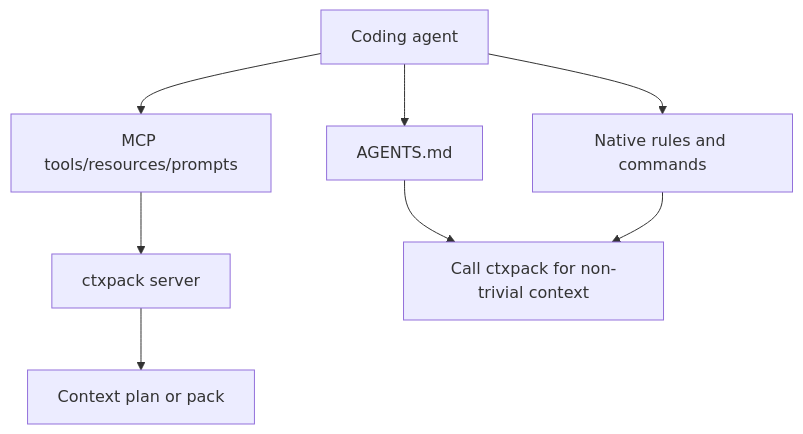
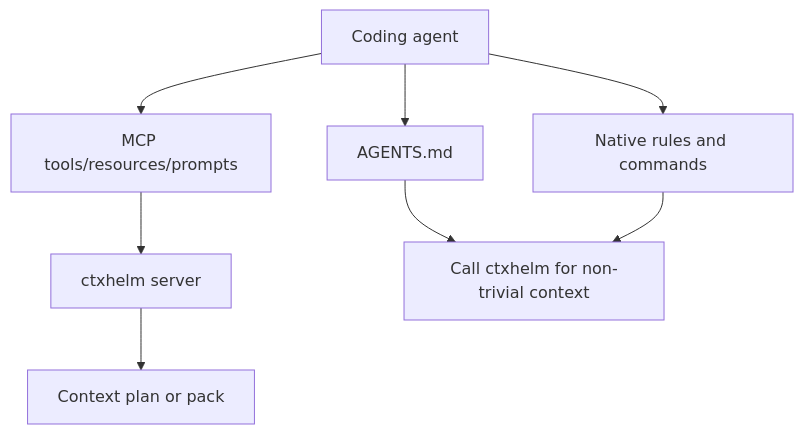
The diagram in docs/integrations.md (thromel/ctxhelm), drawn with Mermaid before and after one commit. The commit also changed other lines of this file and 922 other files, not shown here.

````diff
--- a/docs/integrations.md
+++ b/docs/integrations.md
@@ -8,10 +8,10 @@
 ```mermaid
 flowchart TD
   Agent["Coding agent"] --> Static["AGENTS.md"]
   Agent --> Native["Native rules and commands"]
   Agent --> MCP["MCP tools/resources/prompts"]
-  MCP --> Ctxpack["ctxpack server"]
-  Static --> Behavior["Call ctxpack for non-trivial context"]
+  MCP --> Ctxhelm["ctxhelm server"]
+  Static --> Behavior["Call ctxhelm for non-trivial context"]
   Native --> Behavior
-  Ctxpack --> Plan["Context plan or pack"]
+  Ctxhelm --> Plan["Context plan or pack"]
 ```
````
